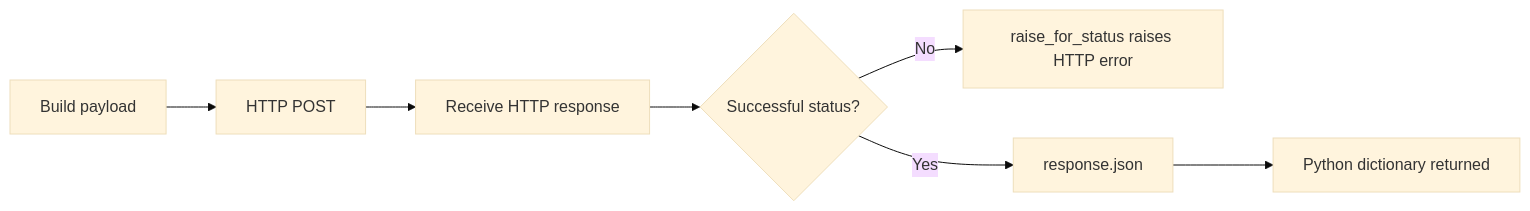
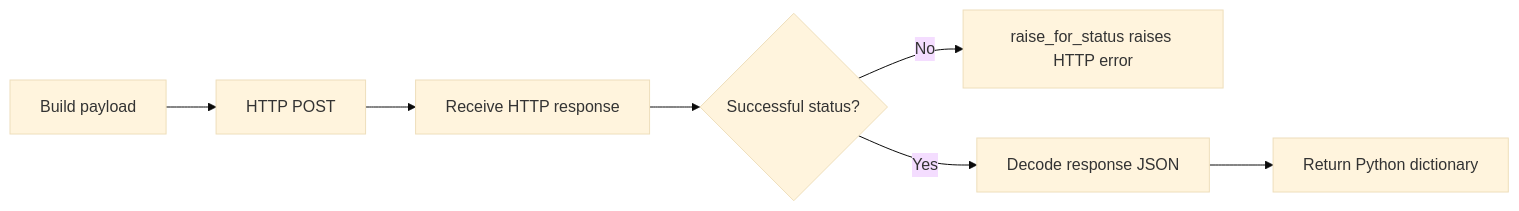
One commit to chamanthmvs/AstroWeave changed the second of 3 diagrams in docs/book/07-chart-service.md. Above: the diagram before and after it, drawn with Mermaid (base theme). The commit also changed other lines of this file and 10 other files, not shown here.

````diff
--- a/docs/book/07-chart-service.md
+++ b/docs/book/07-chart-service.md
@@ -64,9 +64,9 @@
 ```mermaid
 flowchart LR
-    Request[Build payload] --> Post[HTTP POST]
-    Post --> Response[Receive HTTP response]
-    Response --> Status{Successful status?}
-    Status -->|No| Raise[raise_for_status raises HTTP error]
-    Status -->|Yes| Decode[response.json]
-    Decode --> Dict[Python dictionary returned]
+  Request["Build payload"] --> Post["HTTP POST"]
+  Post --> Response["Receive HTTP response"]
+  Response --> Status{"Successful status?"}
+  Status -->|No| Raise["raise_for_status raises HTTP error"]
+  Status -->|Yes| Decode["Decode response JSON"]
+  Decode --> Dict["Return Python dictionary"]
 ```
````
